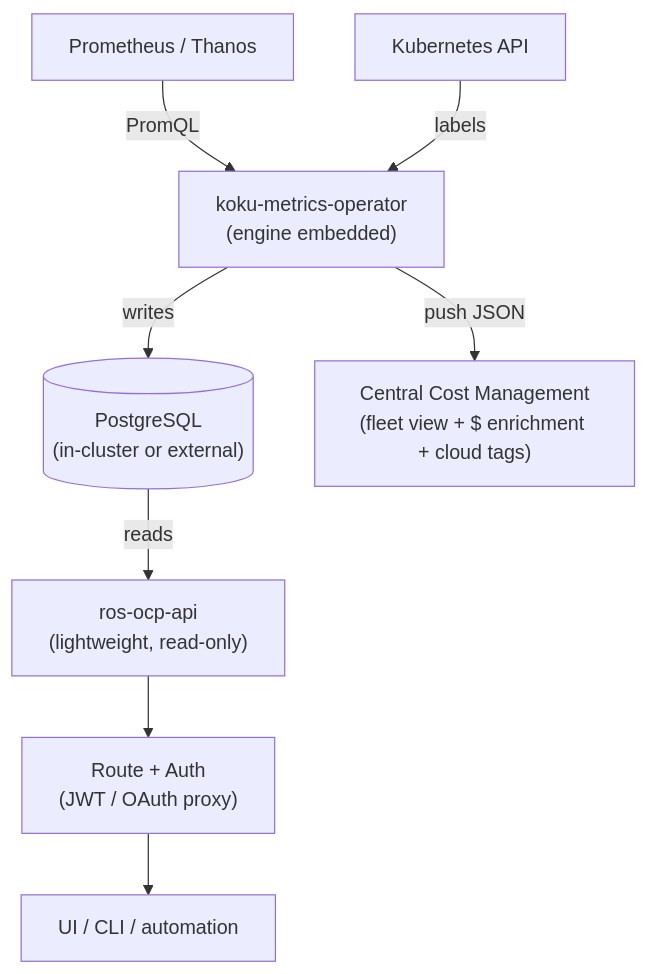
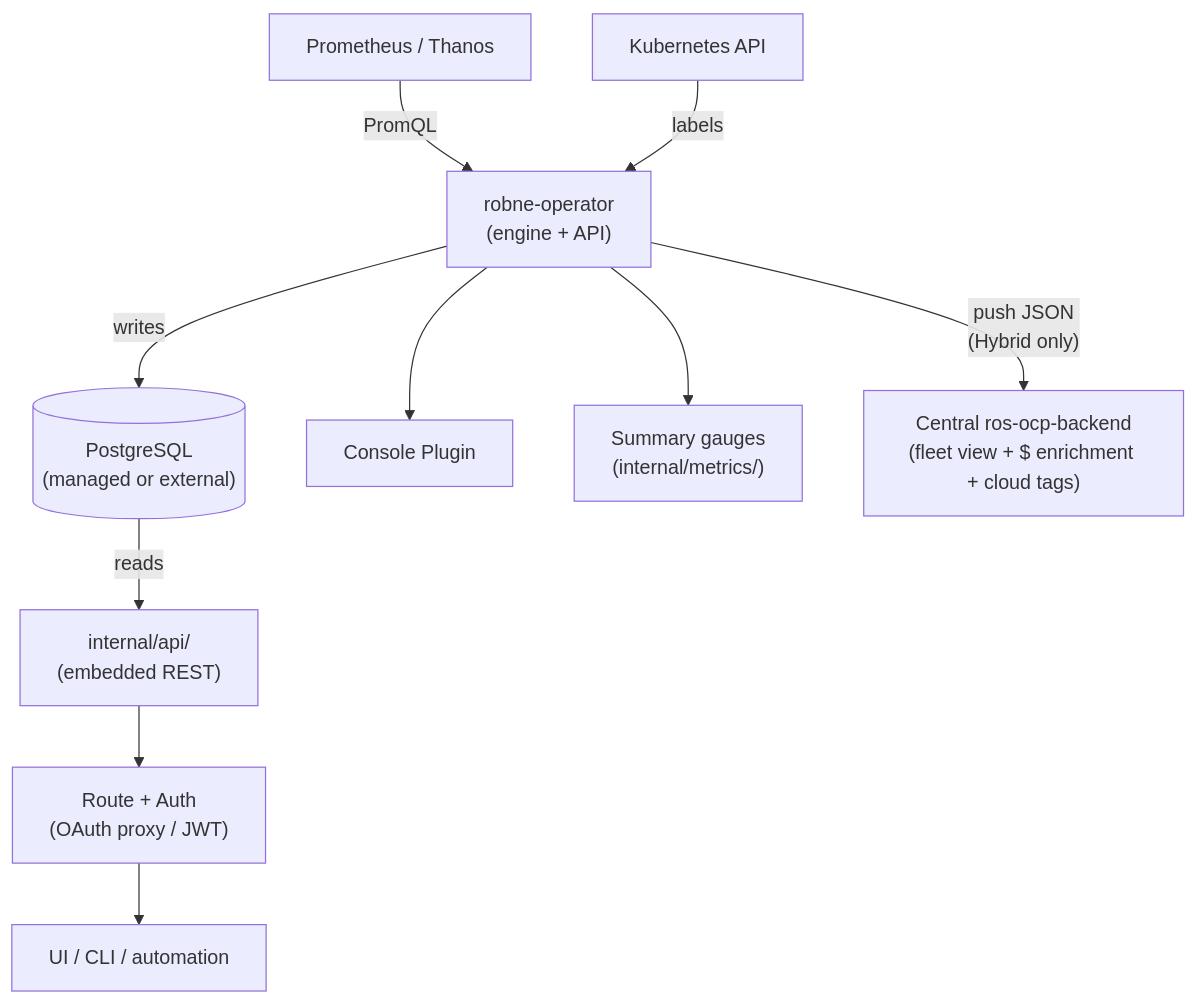
One commit to pgarciaq/ros-ocp-backend changed the first of 3 diagrams in docs/features/local-mode.md. Above: the diagram before and after it, drawn with Mermaid. The commit also changed other lines of this file and 1 other file, not shown here.

Commit message:
Update local-mode docs: robne-operator standalone architecture with three modes

````diff
--- a/docs/features/local-mode.md
+++ b/docs/features/local-mode.md
@@ -20,10 +40,12 @@
 ```mermaid
 flowchart TD
-    prom["Prometheus / Thanos"] -- "PromQL" --> operator["koku-metrics-operator\n(engine embedded)"]
+    prom["Prometheus / Thanos"] -- "PromQL" --> operator["robne-operator\n(engine + API)"]
     k8s["Kubernetes API"] -- "labels" --> operator
-    operator -- "writes" --> pg[("PostgreSQL\n(in-cluster or external)")]
-    pg -- "reads" --> api["ros-ocp-api\n(lightweight, read-only)"]
-    api --> route["Route + Auth\n(JWT / OAuth proxy)"]
+    operator -- "writes" --> pg[("PostgreSQL\n(managed or external)")]
+    pg -- "reads" --> api["internal/api/\n(embedded REST)"]
+    api --> route["Route + Auth\n(OAuth proxy / JWT)"]
+    operator --> plugin["Console Plugin"]
+    operator --> metrics["Summary gauges\n(internal/metrics/)"]
     route --> ui["UI / CLI / automation"]
-    operator -- "push JSON" --> central["Central Cost Management\n(fleet view + $ enrichment + cloud tags)"]
+    operator -- "push JSON\n(Hybrid only)" --> central["Central ros-ocp-backend\n(fleet view + $ enrichment + cloud tags)"]
 ```
````
